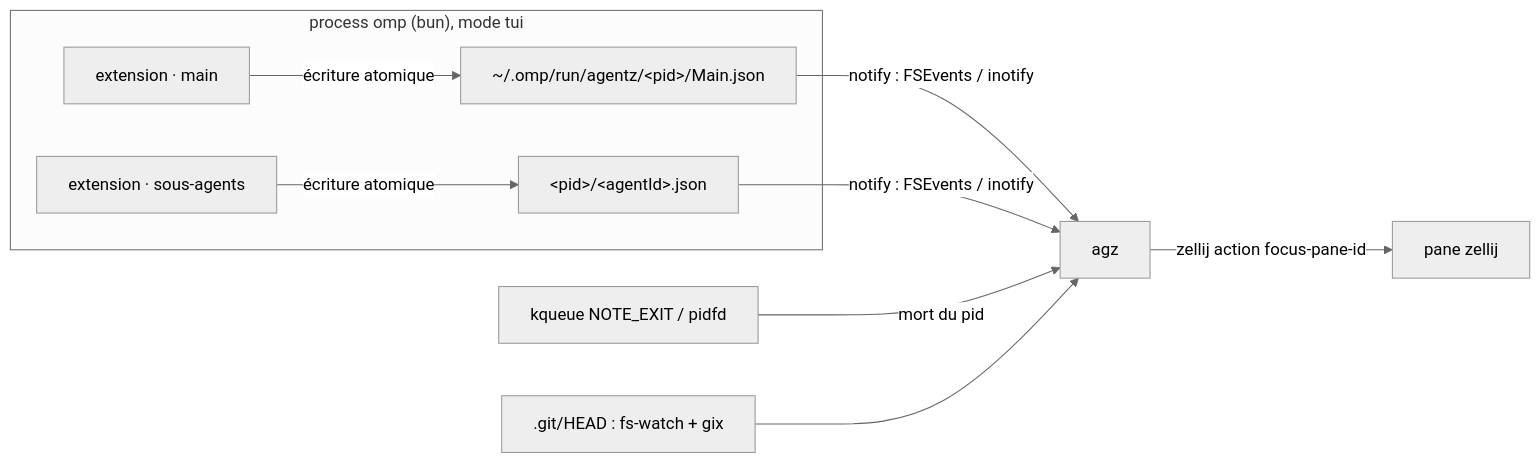
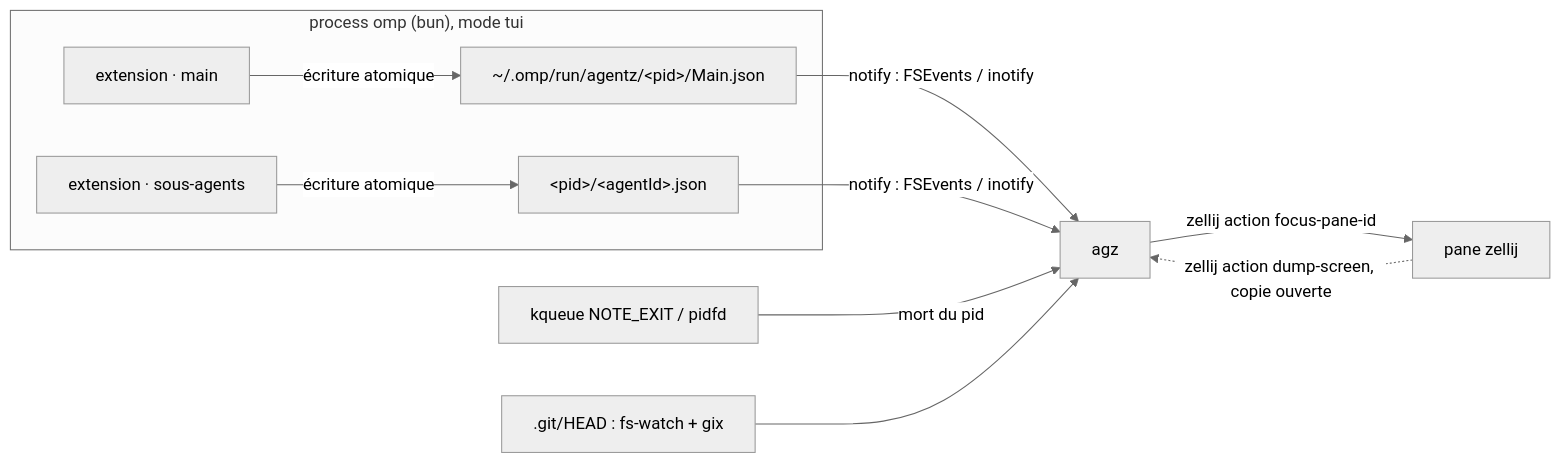
One commit to scolomer/xs-tui changed the diagram in SPEC.md. Above: the diagram before and after it, drawn with Mermaid (neutral theme). The commit also changed other lines of this file and 7 other files, not shown here.

````diff
--- a/SPEC.md
+++ b/SPEC.md
@@ -23,11 +24,12 @@
 ```mermaid
 flowchart LR
   subgraph omp["process omp (bun), mode tui"]
     M[extension · main] -->|écriture atomique| F1["~/.omp/run/agentz/&lt;pid&gt;/Main.json"]
     S[extension · sous-agents] -->|écriture atomique| F2["&lt;pid&gt;/&lt;agentId&gt;.json"]
   end
   F1 & F2 -->|notify : FSEvents / inotify| T[agz]
   K[kqueue NOTE_EXIT / pidfd] -->|mort du pid| T
   G[".git/HEAD : fs-watch + gix"] --> T
   T -->|zellij action focus-pane-id| Z[pane zellij]
+  Z -.->|zellij action dump-screen, copie ouverte| T
 ```
````
